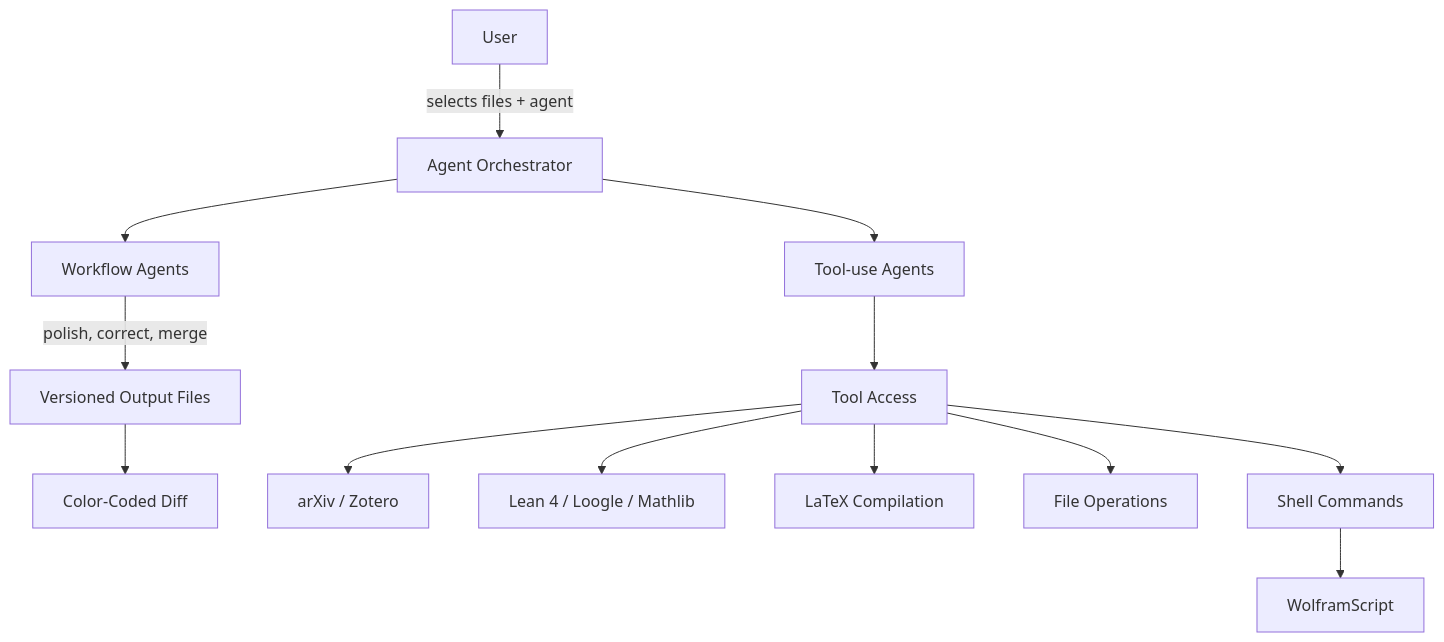
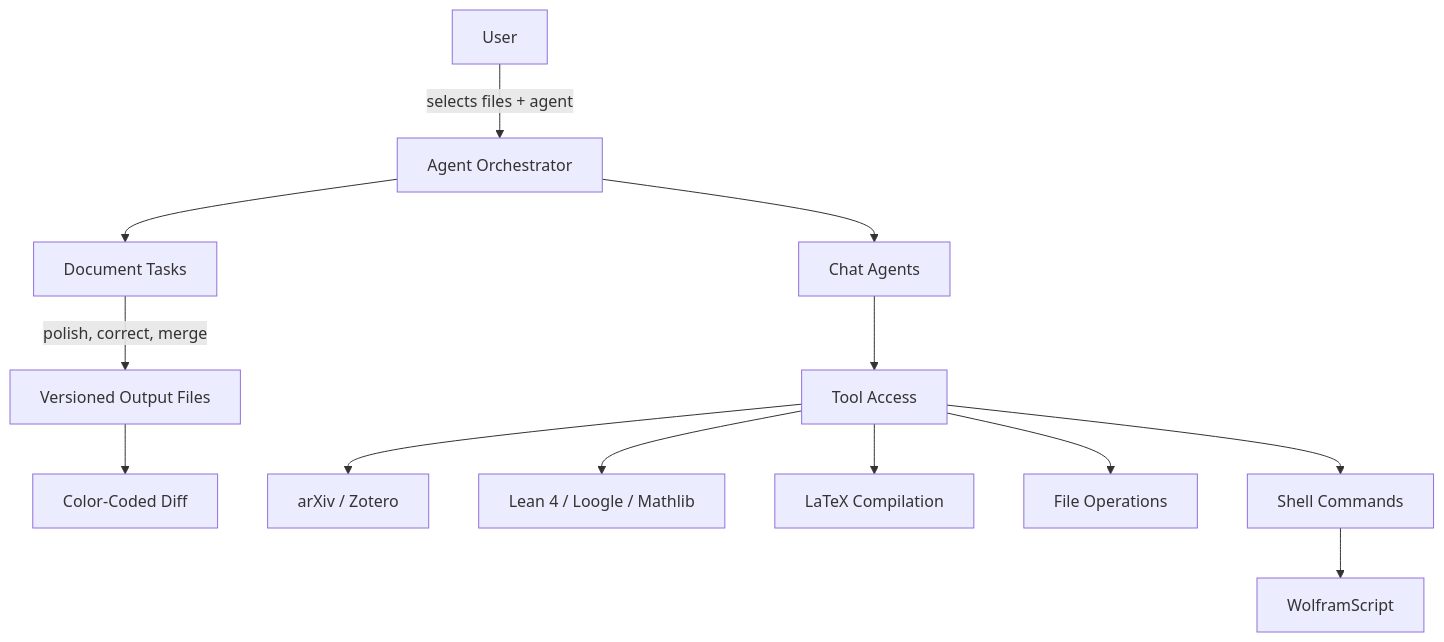
The diagram in docs/guide/index.md (LionSR/TeXRA), drawn with Mermaid before and after one commit. The commit also changed other lines of this file and 433 other files, not shown here.

First line of the commit message:
feat!(agents): one document recipe replaces round mode (R1)

````diff
--- a/docs/guide/index.md
+++ b/docs/guide/index.md
@@ -76,17 +76,17 @@
 ```mermaid
 graph TB
     User[User] --> |selects files + agent| Orchestrator[Agent Orchestrator]
-    Orchestrator --> WA[Workflow Agents]
-    Orchestrator --> IA[Tool-use Agents]
+    Orchestrator --> WA[Document Tasks]
+    Orchestrator --> IA[Chat Agents]
 
     WA --> |polish, correct, merge| Output[Versioned Output Files]
     Output --> Diff[Color-Coded Diff]
 
     IA --> Tools[Tool Access]
     Tools --> Search[arXiv / Zotero]
     Tools --> Lean[Lean 4 / Loogle / Mathlib]
     Tools --> Compile[LaTeX Compilation]
     Tools --> FileOps[File Operations]
     Tools --> Shell[Shell Commands]
     Shell --> Wolfram[WolframScript]
 ```
````
